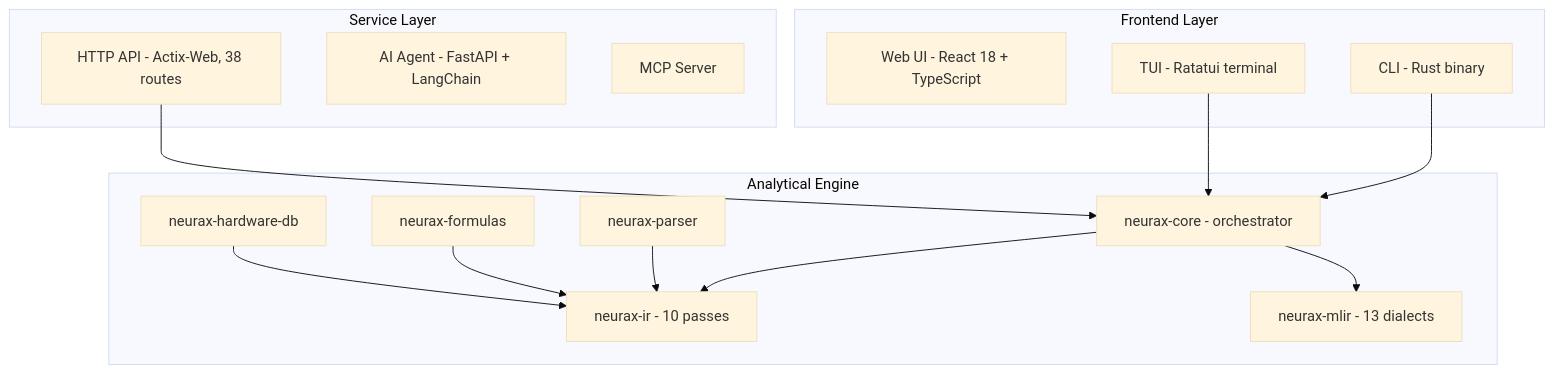
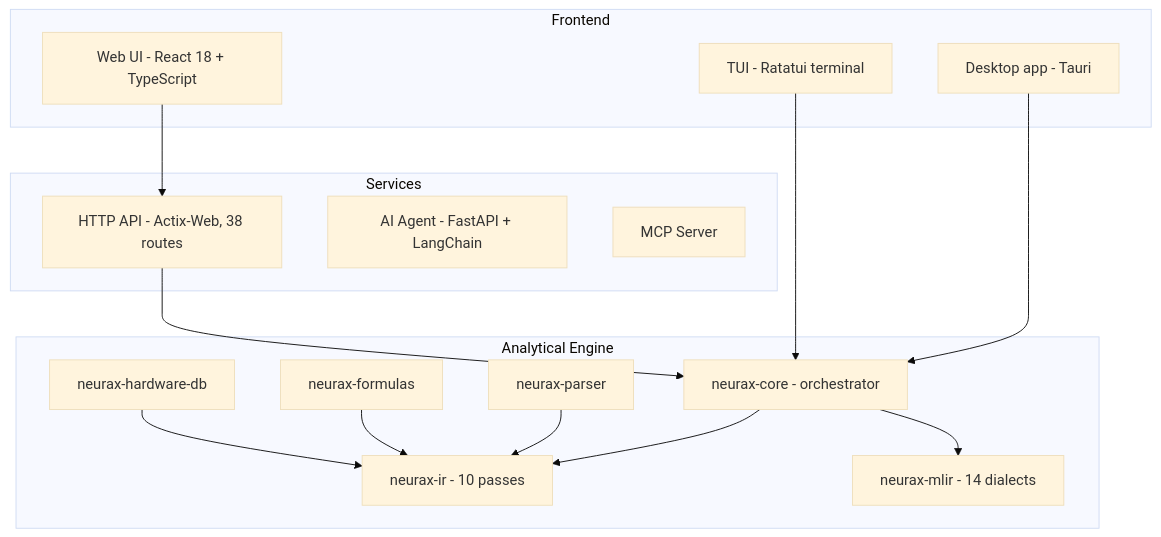
One commit to NEURAX-canvas/NEURAX changed the third of 3 diagrams in README.md. Above: the diagram before and after it, drawn with Mermaid (base theme). The commit also changed other lines of this file and 14 other files, not shown here.

````diff
--- a/README.md
+++ b/README.md
@@ -166,29 +164,30 @@
 ```mermaid
 graph TB
-    subgraph Frontend["Frontend Layer"]
+    subgraph Frontend["Frontend"]
         UI[Web UI - React 18 + TypeScript]
-        CLI[CLI - Rust binary]
+        Desktop[Desktop app - Tauri]
         TUI[TUI - Ratatui terminal]
     end
-    subgraph Services["Service Layer"]
+    subgraph Services["Services"]
         API[HTTP API - Actix-Web, 38 routes]
         Agent[AI Agent - FastAPI + LangChain]
         MCP[MCP Server]
     end
     subgraph Engine["Analytical Engine"]
         Parser[neurax-parser]
         IR[neurax-ir - 10 passes]
         Core[neurax-core - orchestrator]
         Formulas[neurax-formulas]
         HW[neurax-hardware-db]
-        MLIR[neurax-mlir - 13 dialects]
+        MLIR[neurax-mlir - 14 dialects]
     end
-    CLI --> Core
+    UI --> API
+    Desktop --> Core
     TUI --> Core
     API --> Core
     Core --> IR
     Parser --> IR
     Formulas --> IR
     HW --> IR
     Core --> MLIR
 ```
````
